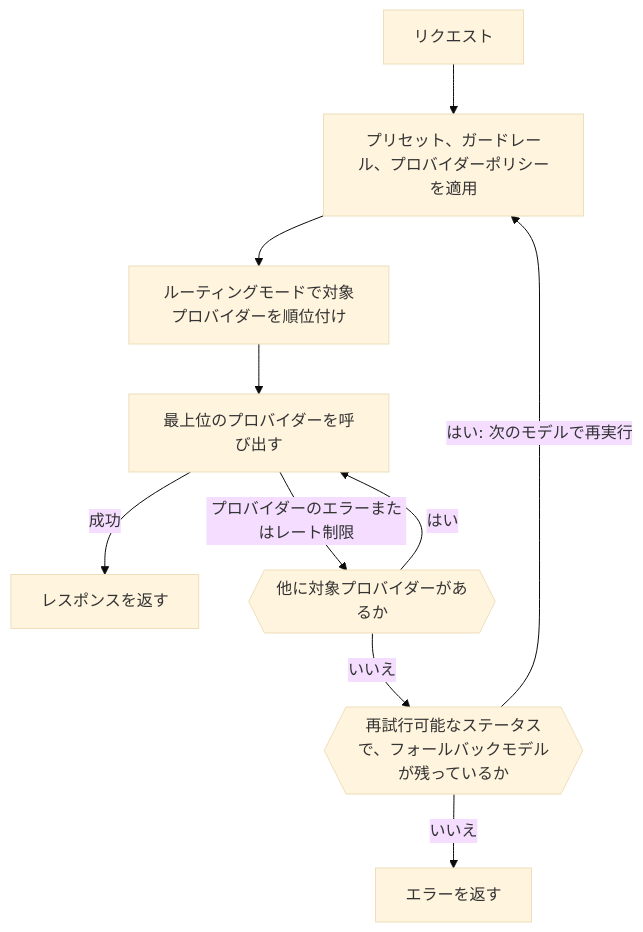
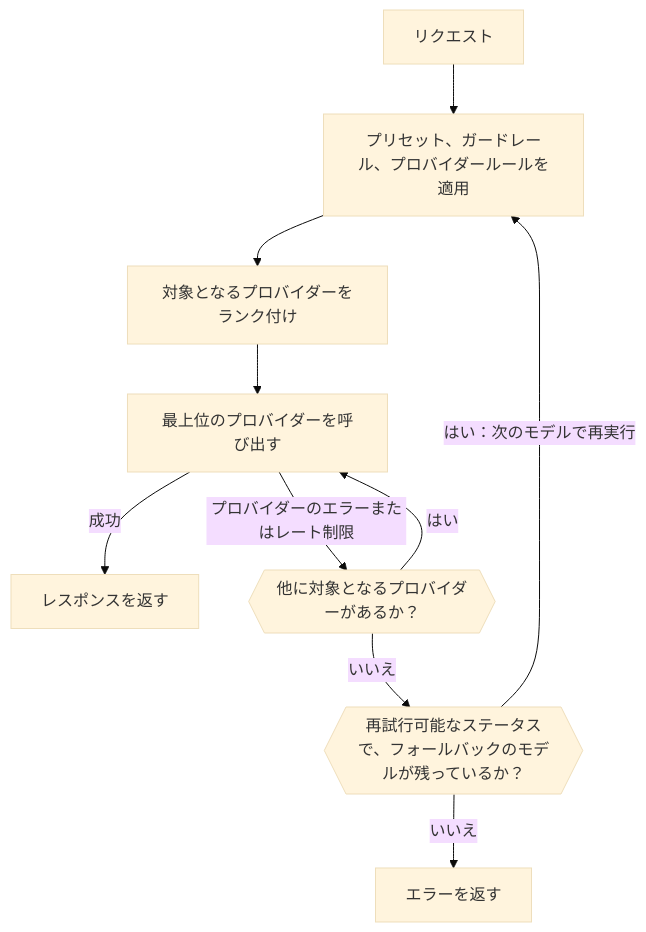
Before and after one commit to phaseoteam/Phaseo: the diagram in apps/docs/ja/v1/guides/routing-and-fallbacks.mdx, drawn with Mermaid (base theme). The commit also changed other lines of this file and 3793 other files, not shown here.

````diff
--- a/apps/docs/ja/v1/guides/routing-and-fallbacks.mdx
+++ b/apps/docs/ja/v1/guides/routing-and-fallbacks.mdx
@@ -236,12 +12,12 @@
 ```mermaid
 flowchart TD
-  req["リクエスト"] --> pol["プリセット、ガードレール、プロバイダーポリシーを適用"]
-  pol --> rnk["ルーティングモードで対象プロバイダーを順位付け"]
+  req["リクエスト"] --> pol["プリセット、ガードレール、プロバイダールールを適用"]
+  pol --> rnk["対象となるプロバイダーをランク付け"]
   rnk --> prov["最上位のプロバイダーを呼び出す"]
   prov -->|"成功"| resp["レスポンスを返す"]
-  prov -->|"プロバイダーのエラーまたはレート制限"| nextProv{{"他に対象プロバイダーがあるか"}}
+  prov -->|"プロバイダーのエラーまたはレート制限"| nextProv{{"他に対象となるプロバイダーがあるか？"}}
   nextProv -->|"はい"| prov
-  nextProv -->|"いいえ"| fallbackCheck{{"再試行可能なステータスで、フォールバックモデルが残っているか"}}
-  fallbackCheck -->|"はい: 次のモデルで再実行"| pol
+  nextProv -->|"いいえ"| fallbackCheck{{"再試行可能なステータスで、フォールバックのモデルが残っているか？"}}
+  fallbackCheck -->|"はい：次のモデルで再実行"| pol
   fallbackCheck -->|"いいえ"| err["エラーを返す"]
 ```
````
